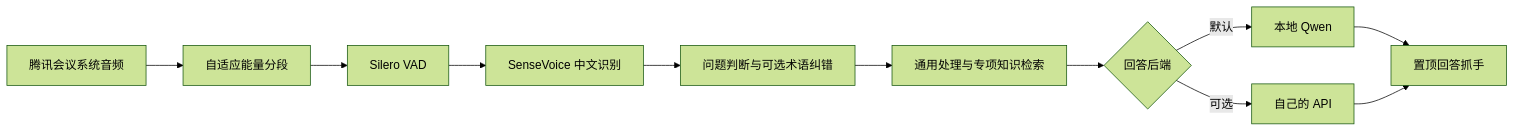
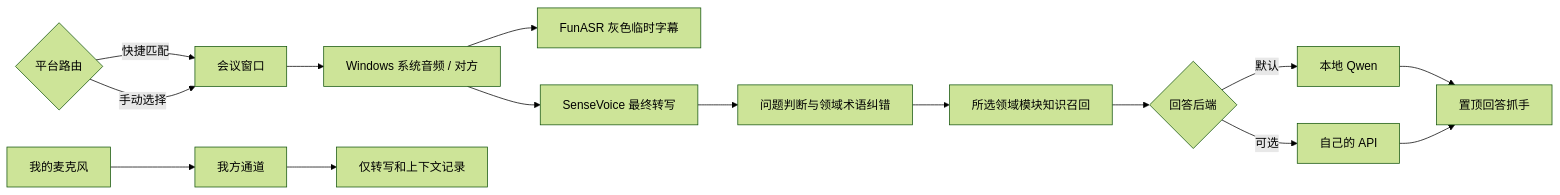
Before and after one commit to buluoai6-eng/tencent-meeting-online-interview-assistant: the diagram in README.md, drawn with Mermaid (forest theme). The commit also changed other lines of this file and 35 other files, not shown here.

````diff
--- a/README.md
+++ b/README.md
@@ -26,13 +62,17 @@
 ```mermaid
 flowchart LR
-    A["腾讯会议系统音频"] --> B["自适应能量分段"]
-    B --> C["Silero VAD"]
-    C --> D["SenseVoice 中文识别"]
-    D --> E["问题判断与可选术语纠错"]
-    E --> F["通用处理与专项知识检索"]
-    F --> G{"回答后端"}
-    G -->|默认| H["本地 Qwen"]
-    G -->|可选| I["自己的 API"]
-    H --> J["置顶回答抓手"]
-    I --> J
+    P{"平台路由"} -->|快捷匹配| A["会议窗口"]
+    P -->|手动选择| A
+    A --> C["Windows 系统音频 / 对方"]
+    B["我的麦克风"] --> D["我方通道"]
+    C --> E["FunASR 灰色临时字幕"]
+    C --> F["SenseVoice 最终转写"]
+    D --> G["仅转写和上下文记录"]
+    F --> H["问题判断与领域术语纠错"]
+    H --> I["所选领域模块知识召回"]
+    I --> J{"回答后端"}
+    J -->|默认| K["本地 Qwen"]
+    J -->|可选| L["自己的 API"]
+    K --> M["置顶回答抓手"]
+    L --> M
 ```
````
